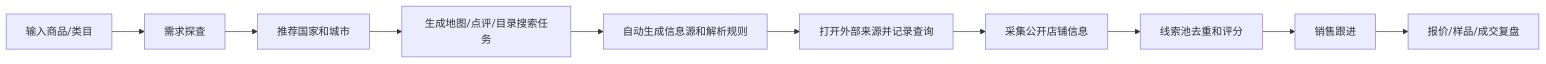
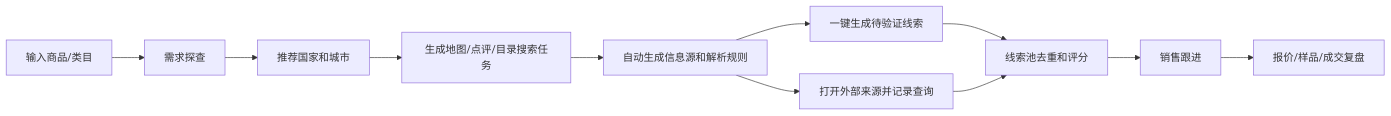
One commit to LeeTimeTrue1999/globaltrade-autopilot changed the diagram in docs/B2B_LEAD_GENERATION_PLAN.md. Above: the diagram before and after it, drawn with Mermaid. The commit also changed other lines of this file and 3 other files, not shown here.

````diff
--- a/docs/B2B_LEAD_GENERATION_PLAN.md
+++ b/docs/B2B_LEAD_GENERATION_PLAN.md
@@ -19,12 +20,13 @@
 ```mermaid
 flowchart LR
   A["输入商品/类目"] --> B["需求探查"]
   B --> C["推荐国家和城市"]
   C --> D["生成地图/点评/目录搜索任务"]
   D --> E["自动生成信息源和解析规则"]
-  E --> F["打开外部来源并记录查询"]
-  F --> G["采集公开店铺信息"]
-  G --> H["线索池去重和评分"]
+  E --> F["一键生成待验证线索"]
+  E --> G["打开外部来源并记录查询"]
+  F --> H["线索池去重和评分"]
+  G --> H
   H --> I["销售跟进"]
   I --> J["报价/样品/成交复盘"]
 ```
````
